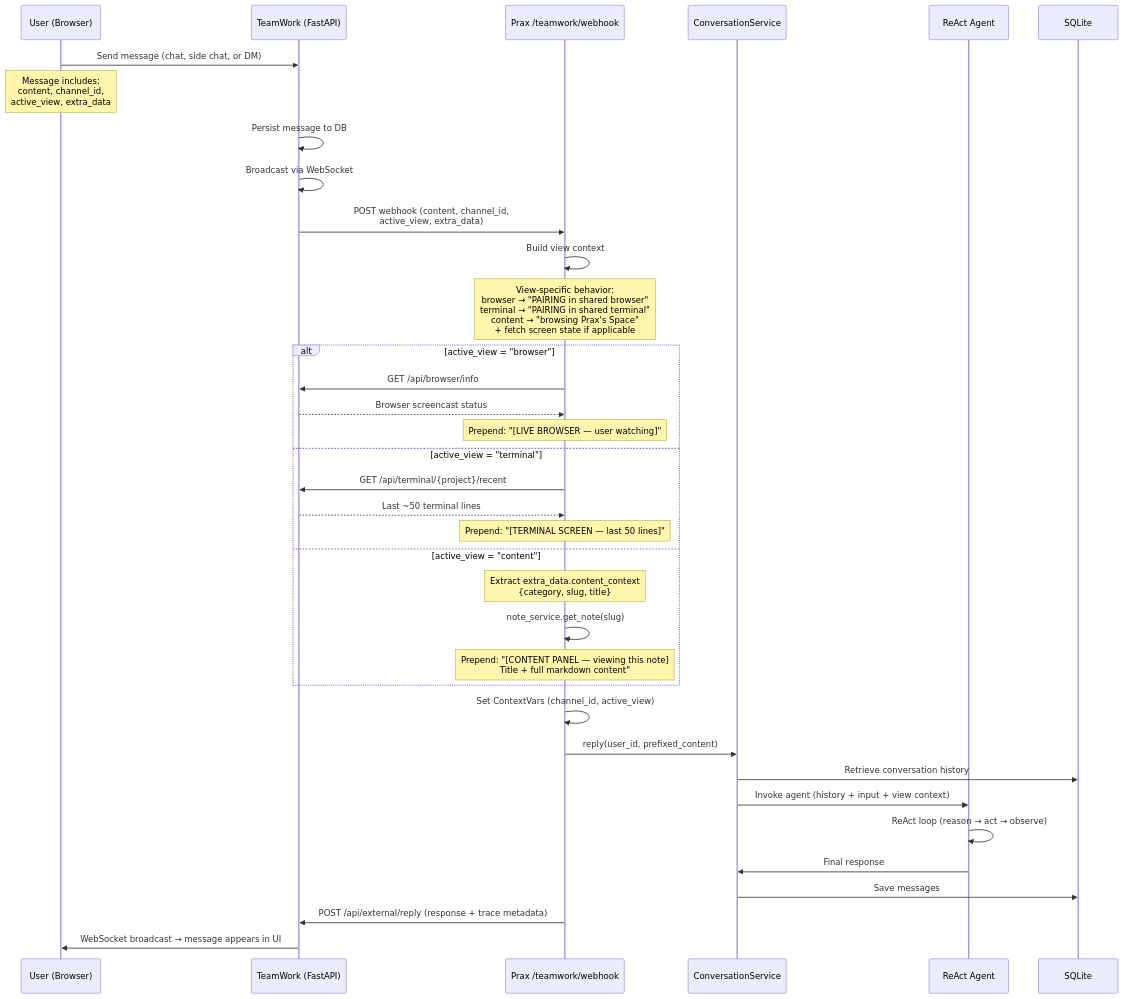
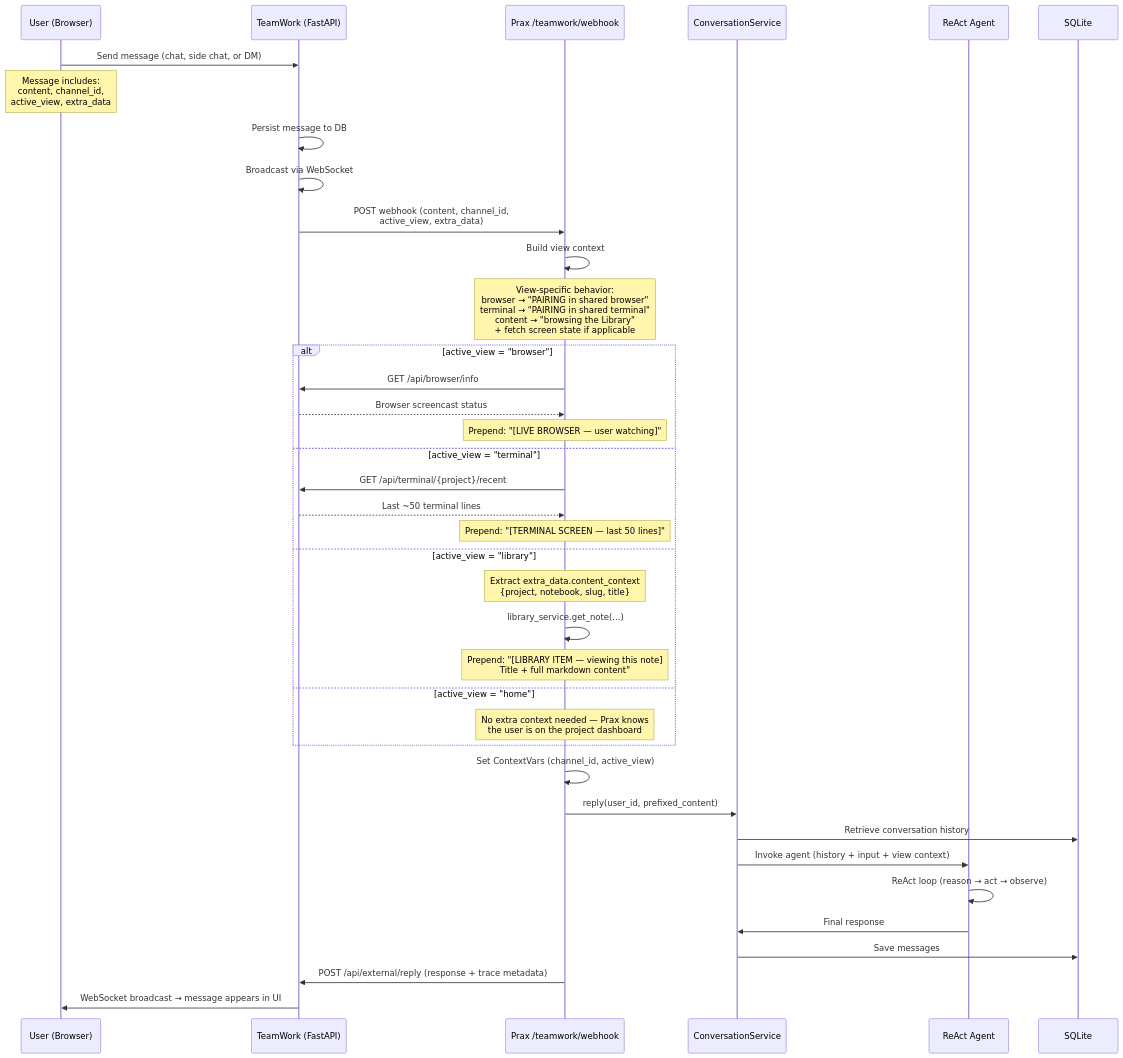
Before and after one commit to praxagent/prax: the third of 6 diagrams in docs/architecture/request-flows.md, drawn with Mermaid. The commit also changed other lines of this file and 156 other files, not shown here.

First line of the commit message:
feat: improve context management, memory management, library, agentic flow (#25)

````diff
--- a/docs/architecture/request-flows.md
+++ b/docs/architecture/request-flows.md
@@ -77,43 +77,45 @@
 ```mermaid
 sequenceDiagram
     participant U as User (Browser)
     participant TW as TeamWork (FastAPI)
     participant WH as Prax /teamwork/webhook
     participant C as ConversationService
     participant A as ReAct Agent
     participant DB as SQLite
 
     U->>TW: Send message (chat, side chat, or DM)
     Note over U: Message includes:<br/>content, channel_id,<br/>active_view, extra_data
 
     TW->>TW: Persist message to DB
     TW->>TW: Broadcast via WebSocket
     TW->>WH: POST webhook (content, channel_id,<br/>active_view, extra_data)
 
     WH->>WH: Build view context
-    Note over WH: View-specific behavior:<br/>browser → "PAIRING in shared browser"<br/>terminal → "PAIRING in shared terminal"<br/>content → "browsing Prax's Space"<br/>+ fetch screen state if applicable
+    Note over WH: View-specific behavior:<br/>browser → "PAIRING in shared browser"<br/>terminal → "PAIRING in shared terminal"<br/>content → "browsing the Library"<br/>+ fetch screen state if applicable
 
     alt active_view = "browser"
         WH->>TW: GET /api/browser/info
         TW-->>WH: Browser screencast status
         Note over WH: Prepend: "[LIVE BROWSER — user watching]"
     else active_view = "terminal"
         WH->>TW: GET /api/terminal/{project}/recent
         TW-->>WH: Last ~50 terminal lines
         Note over WH: Prepend: "[TERMINAL SCREEN — last 50 lines]"
-    else active_view = "content"
-        Note over WH: Extract extra_data.content_context<br/>{category, slug, title}
-        WH->>WH: note_service.get_note(slug)
-        Note over WH: Prepend: "[CONTENT PANEL — viewing this note]<br/>Title + full markdown content"
+    else active_view = "library"
+        Note over WH: Extract extra_data.content_context<br/>{project, notebook, slug, title}
+        WH->>WH: library_service.get_note(...)
+        Note over WH: Prepend: "[LIBRARY ITEM — viewing this note]<br/>Title + full markdown content"
+    else active_view = "home"
+        Note over WH: No extra context needed — Prax knows<br/>the user is on the project dashboard
     end
 
     WH->>WH: Set ContextVars (channel_id, active_view)
     WH->>C: reply(user_id, prefixed_content)
     C->>DB: Retrieve conversation history
     C->>A: Invoke agent (history + input + view context)
     A->>A: ReAct loop (reason → act → observe)
     A->>C: Final response
     C->>DB: Save messages
     WH->>TW: POST /api/external/reply (response + trace metadata)
     TW->>U: WebSocket broadcast → message appears in UI
 ```
````
